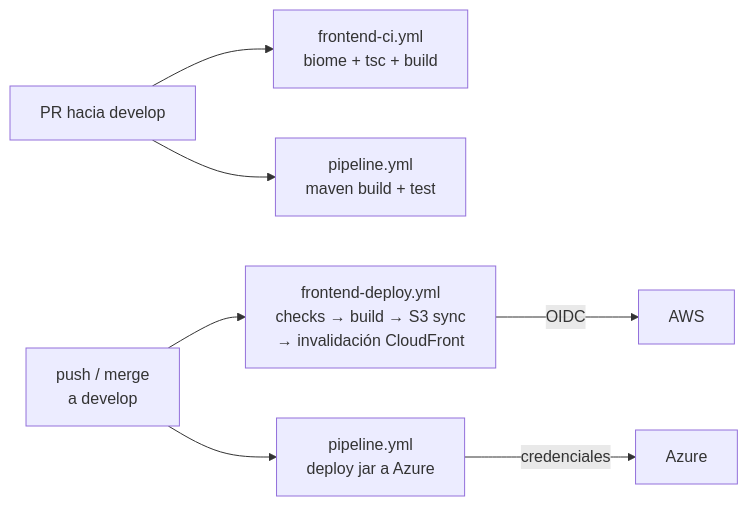
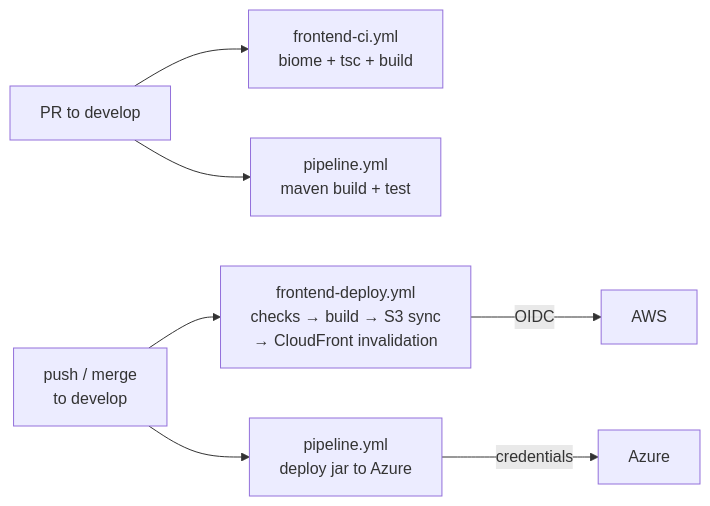
The fifth of 5 diagrams in README.md (tulio3101/DeliverAI), drawn with Mermaid before and after one commit. The commit also changed other lines of this file and 4 other files, not shown here.

````diff
--- a/README.md
+++ b/README.md
@@ -244,9 +244,9 @@
 ```mermaid
 flowchart LR
-    PR["PR hacia develop"] --> CI["frontend-ci.yml<br/>biome + tsc + build"]
+    PR["PR to develop"] --> CI["frontend-ci.yml<br/>biome + tsc + build"]
     PR --> BCI["pipeline.yml<br/>maven build + test"]
-    MERGE["push / merge<br/>a develop"] --> DEPLOY["frontend-deploy.yml<br/>checks → build → S3 sync<br/>→ invalidación CloudFront"]
-    MERGE --> BDEPLOY["pipeline.yml<br/>deploy jar a Azure"]
+    MERGE["push / merge<br/>to develop"] --> DEPLOY["frontend-deploy.yml<br/>checks → build → S3 sync<br/>→ CloudFront invalidation"]
+    MERGE --> BDEPLOY["pipeline.yml<br/>deploy jar to Azure"]
     DEPLOY -->|OIDC| AWS["AWS"]
-    BDEPLOY -->|credenciales| AZ["Azure"]
+    BDEPLOY -->|credentials| AZ["Azure"]
 ```
````
